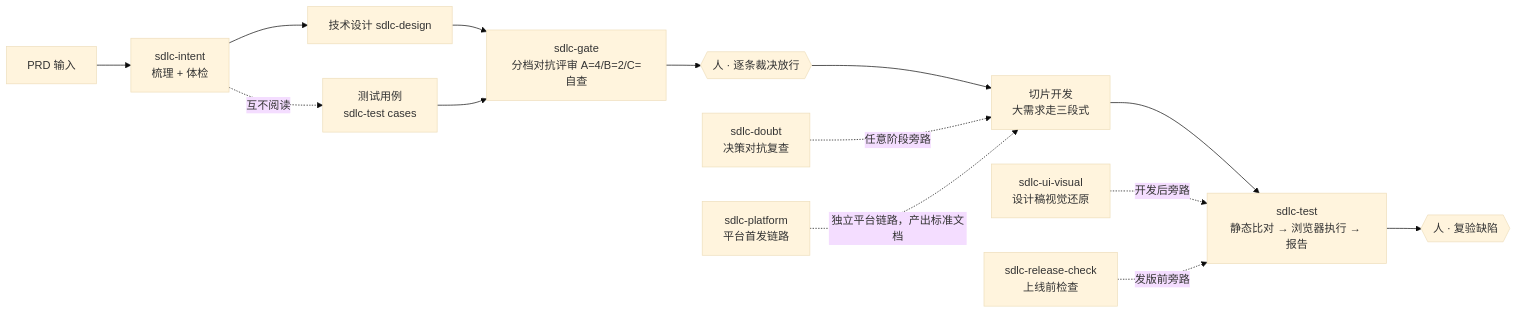
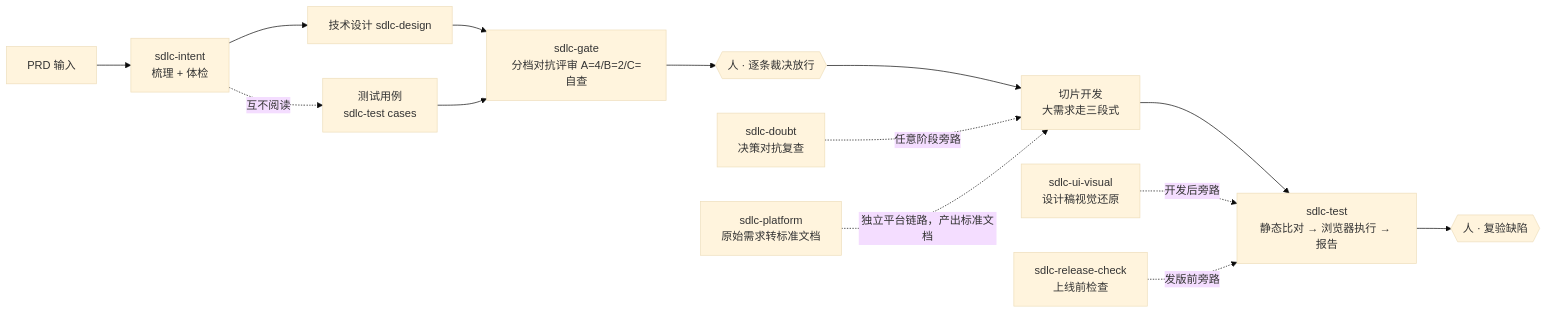
Before and after one commit to TsCarpe/claude-sdlc-skills: the diagram in README.md, drawn with Mermaid (base theme). The commit also changed other lines of this file and 5 other files, not shown here.

First line of the commit message:
sdlc-platform 改名描述：「平台首发链路」→「原始需求转标准文档」——直接说清输入与产出

````diff
--- a/README.md
+++ b/README.md
@@ -27,16 +27,16 @@
 ```mermaid
 flowchart LR
     A[PRD 输入] --> B[sdlc-intent<br/>梳理 + 体检]
     B --> C1[技术设计 sdlc-design]
     B -.互不阅读.-> C2[测试用例<br/>sdlc-test cases]
     C1 --> D[sdlc-gate<br/>分档对抗评审 A=4/B=2/C=自查]
     C2 --> D
     D --> E{{人 · 逐条裁决放行}}
     E --> F[切片开发<br/>大需求走三段式]
     F --> G[sdlc-test<br/>静态比对 → 浏览器执行 → 报告]
     G --> H{{人 · 复验缺陷}}
     DB[sdlc-doubt<br/>决策对抗复查] -. 任意阶段旁路 .-> F
     UV[sdlc-ui-visual<br/>设计稿视觉还原] -. 开发后旁路 .-> G
     CR[sdlc-release-check<br/>上线前检查] -. 发版前旁路 .-> G
-    PF[sdlc-platform<br/>平台首发链路] -. 独立平台链路，产出标准文档 .-> F
+    PF[sdlc-platform<br/>原始需求转标准文档] -. 独立平台链路，产出标准文档 .-> F
 ```
````
